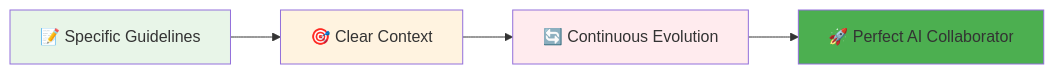
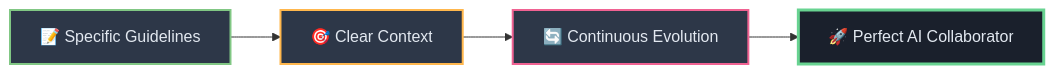
Before and after one commit to josemlopez/gemini_md_tutorial: the eighth of 8 diagrams in README.md, drawn with Mermaid. The commit also changed other lines of this file, not shown here.

````diff
--- a/README.md
+++ b/README.md
@@ -852,11 +856,11 @@
 ```mermaid
 graph LR
     A[📝 Specific Guidelines] --> B[🎯 Clear Context]
     B --> C[🔄 Continuous Evolution]
     C --> D[🚀 Perfect AI Collaborator]
     
-    style A fill:#e8f5e8
-    style B fill:#fff3e0
-    style C fill:#ffebee
-    style D fill:#4caf50
+    style A fill:#2d3748,stroke:#81c784,stroke-width:2px,color:#e2e8f0
+    style B fill:#2d3748,stroke:#ffb74d,stroke-width:2px,color:#e2e8f0
+    style C fill:#2d3748,stroke:#f06292,stroke-width:2px,color:#e2e8f0
+    style D fill:#1a202c,stroke:#68d391,stroke-width:3px,color:#e2e8f0
 ```
````
